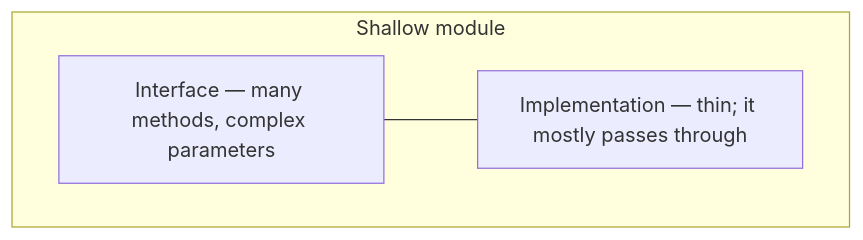
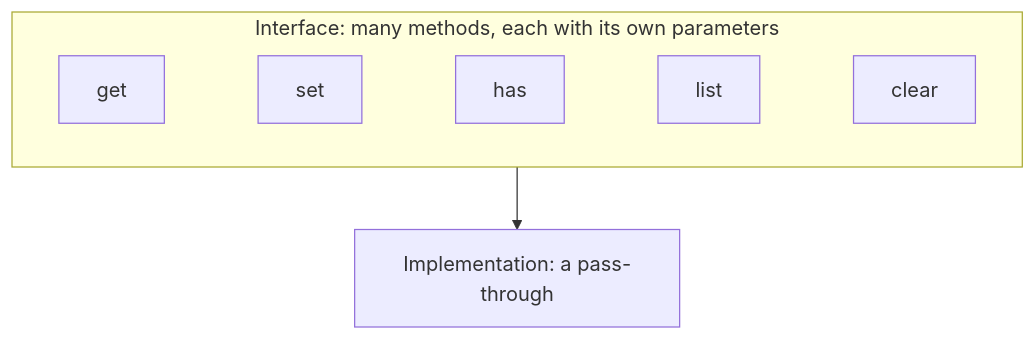
The second of 2 diagrams in .agents/skills/tdd/deep-modules.md (agranado2k/agentic-sdlc), drawn with Mermaid before and after one commit. The commit also changed other lines of this file and 5 other files, not shown here.

First line of the commit message:
docs(skills): the two diagrams differ in shape, the claims say what diverged, the paths qualify

````diff
--- a/.agents/skills/tdd/deep-modules.md
+++ b/.agents/skills/tdd/deep-modules.md
@@ -18,8 +21,11 @@
 ```mermaid
 flowchart TB
-    subgraph shallow["Shallow module"]
-        si["Interface — many methods, complex parameters"]
-        simpl["Implementation — thin; it mostly passes through"]
-        si --- simpl
+    accTitle: A shallow module
+    accDescr: Five sibling interface nodes sit above one lone implementation node, so the interface is as wide as the implementation is thin.
+    subgraph iface["Interface: many methods, each with its own parameters"]
+        direction LR
+        m1["get"] ~~~ m2["set"] ~~~ m3["has"] ~~~ m4["list"] ~~~ m5["clear"]
     end
+    x["Implementation: a pass-through"]
+    iface --> x
 ```
````
